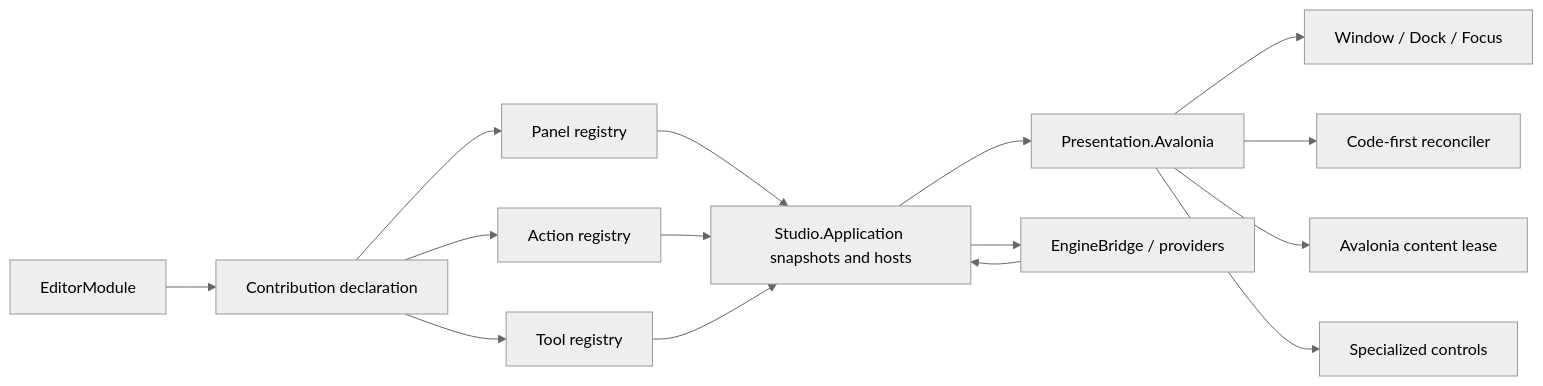
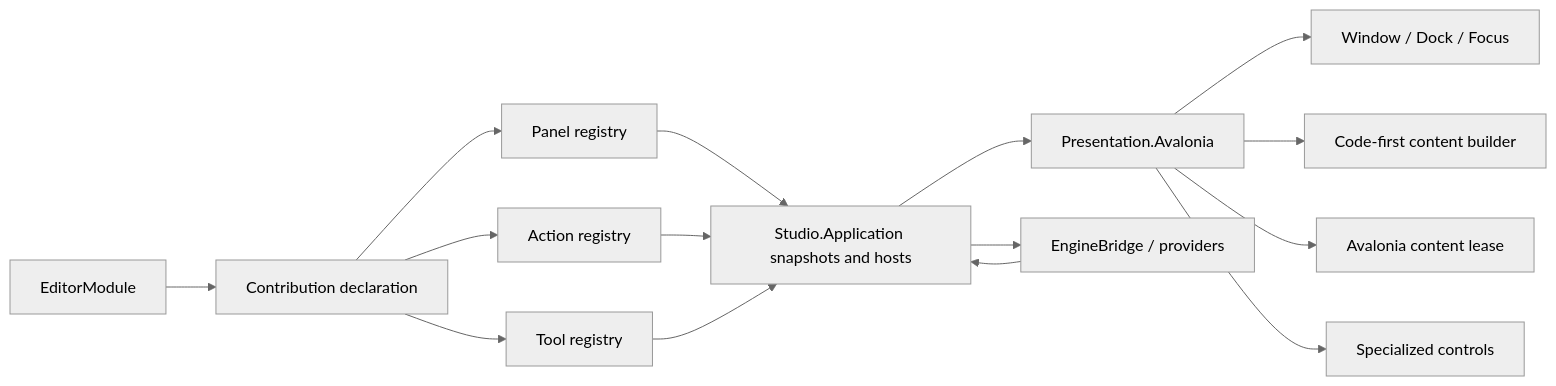
One commit to 66six11/Engine changed the diagram in apps/studio/docs/architecture/studio-frontend-framework.md. Above: the diagram before and after it, drawn with Mermaid (neutral theme). The commit also changed other lines of this file and 8 other files, not shown here.

````diff
--- a/apps/studio/docs/architecture/studio-frontend-framework.md
+++ b/apps/studio/docs/architecture/studio-frontend-framework.md
@@ -88,20 +119,20 @@
 ```mermaid
 flowchart LR
     Module["EditorModule"] --> Declare["Contribution declaration"]
     Declare --> Panel["Panel registry"]
     Declare --> Action["Action registry"]
     Declare --> Tool["Tool registry"]
 
     Panel --> Application["Studio.Application snapshots and hosts"]
     Action --> Application
     Tool --> Application
 
     Application --> Presentation["Presentation.Avalonia"]
     Presentation --> Dock["Window / Dock / Focus"]
-    Presentation --> CodeFirst["Code-first reconciler"]
+    Presentation --> CodeFirst["Code-first content builder"]
     Presentation --> AvaloniaContent["Avalonia content lease"]
     Presentation --> Specialized["Specialized controls"]
 
     Engine["EngineBridge / providers"] --> Application
     Application --> Engine
 ```
````
